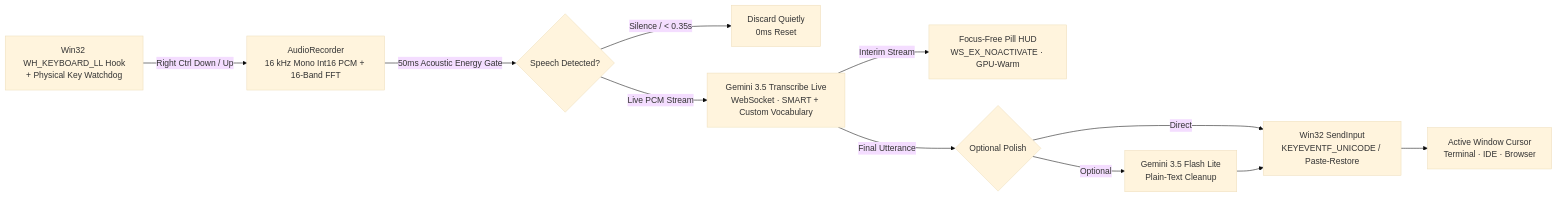
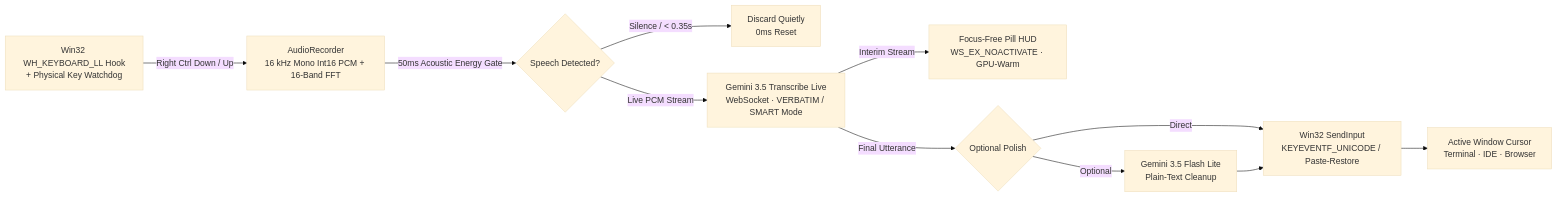
One commit to elcann7/sesyaz changed the diagram in README.md. Above: the diagram before and after it, drawn with Mermaid (base theme). The commit also changed other lines of this file and 10 other files, not shown here.

Commit message:
feat: add selectable VERBATIM vs SMART transcription fidelity mode

````diff
--- a/README.md
+++ b/README.md
@@ -23,12 +23,12 @@
 ```mermaid
 flowchart LR
     K[Win32 WH_KEYBOARD_LL Hook\n+ Physical Key Watchdog] -->|Right Ctrl Down / Up| A[AudioRecorder\n16 kHz Mono Int16 PCM + 16-Band FFT]
     A -->|50ms Acoustic Energy Gate| V{Speech Detected?}
     V -->|Silence / < 0.35s| X[Discard Quietly\n0ms Reset]
-    V -->|Live PCM Stream| G[Gemini 3.5 Transcribe Live\nWebSocket · SMART + Custom Vocabulary]
+    V -->|Live PCM Stream| G[Gemini 3.5 Transcribe Live\nWebSocket · VERBATIM / SMART Mode]
     G -->|Interim Stream| P[Focus-Free Pill HUD\nWS_EX_NOACTIVATE · GPU-Warm]
     G -->|Final Utterance| O{Optional Polish}
     O -->|Direct| T[Win32 SendInput\nKEYEVENTF_UNICODE / Paste-Restore]
     O -->|Optional| F[Gemini 3.5 Flash Lite\nPlain-Text Cleanup] --> T
     T --> W[Active Window Cursor\nTerminal · IDE · Browser]
 ```
````
